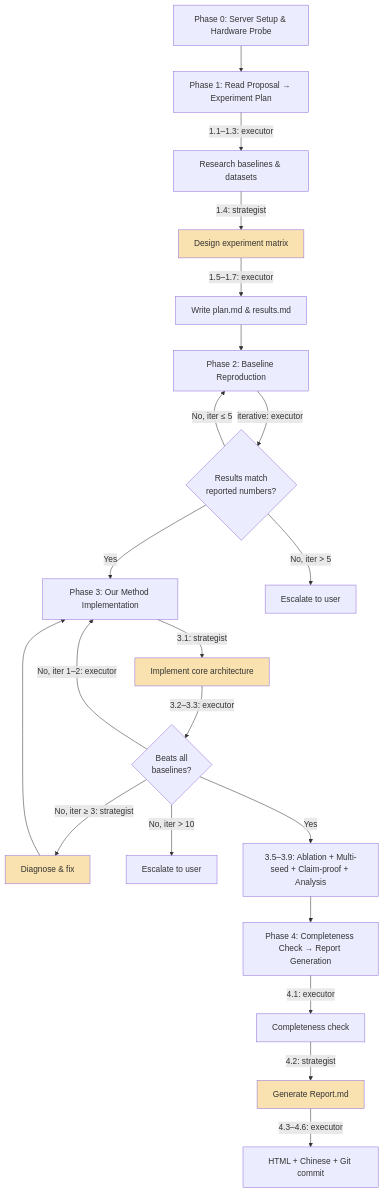
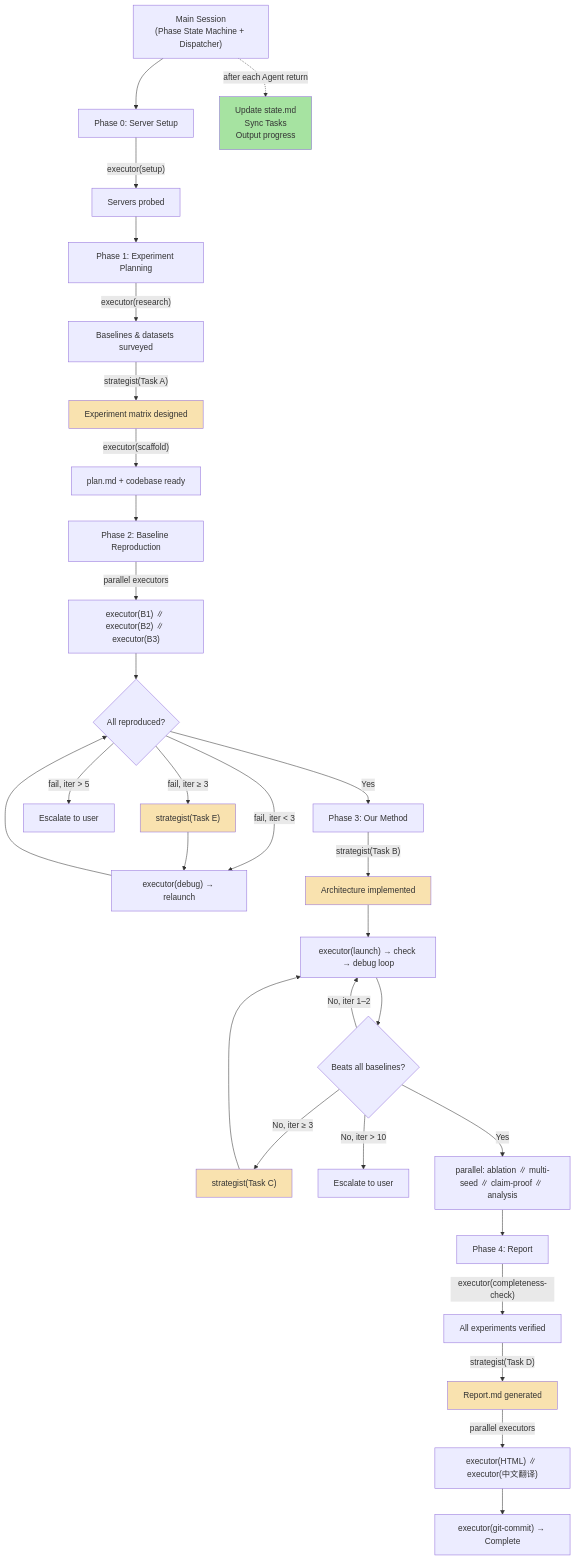
One commit to Paper-Claw/PaperClaw changed the first of 4 diagrams in .claude/skills/paperclaw-experiment-AI/SKILL.md. Above: the diagram before and after it, drawn with Mermaid. The commit also changed other lines of this file and 6 other files, not shown here.

First line of the commit message:
feat(skill): redesign experiment pipeline architecture + dual math audit

````diff
--- a/.claude/skills/paperclaw-experiment-AI/SKILL.md
+++ b/.claude/skills/paperclaw-experiment-AI/SKILL.md
@@ -41,37 +41,46 @@
 ```mermaid
 flowchart TD
-    P0["Phase 0: Server Setup & Hardware Probe"]
-    P1["Phase 1: Read Proposal → Experiment Plan"]
-    P2["Phase 2: Baseline Reproduction"]
-    P3["Phase 3: Our Method Implementation"]
-    P4["Phase 4: Completeness Check → Report Generation"]
+    MAIN["Main Session\n(Phase State Machine + Dispatcher)"]
 
-    P0 --> P1
-    P1 -->|"1.1–1.3: executor"| P1a["Research baselines & datasets"]
-    P1a -->|"1.4: strategist"| P1b["Design experiment matrix"]
-    P1b -->|"1.5–1.7: executor"| P1c["Write plan.md & results.md"]
-    P1c --> P2
+    MAIN --> P0["Phase 0: Server Setup"]
+    P0 -->|"executor(setup)"| P0done["Servers probed"]
 
-    P2 -->|"iterative: executor"| P2loop{"Results match\nreported numbers?"}
-    P2loop -->|No, iter ≤ 5| P2
-    P2loop -->|No, iter > 5| User1["Escalate to user"]
-    P2loop -->|Yes| P3
+    P0done --> P1["Phase 1: Experiment Planning"]
+    P1 -->|"executor(research)"| P1a["Baselines & datasets surveyed"]
+    P1a -->|"strategist(Task A)"| P1b["Experiment matrix designed"]
+    P1b -->|"executor(scaffold)"| P1c["plan.md + codebase ready"]
 
-    P3 -->|"3.1: strategist"| P3a["Implement core architecture"]
-    P3a -->|"3.2–3.3: executor"| P3loop{"Beats all\nbaselines?"}
-    P3loop -->|"No, iter 1–2: executor"| P3
-    P3loop -->|"No, iter ≥ 3: strategist"| P3diag["Diagnose & fix"]
-    P3diag --> P3
-    P3loop -->|"No, iter > 10"| User2["Escalate to user"]
-    P3loop -->|Yes| P3b["3.5–3.9: Ablation + Multi-seed + Claim-proof + Analysis"]
-    P3b --> P4
+    P1c --> P2["Phase 2: Baseline Reproduction"]
+    P2 -->|"parallel executors"| P2par["executor(B1) ∥ executor(B2) ∥ executor(B3)"]
+    P2par --> P2check{"All reproduced?"}
+    P2check -->|"fail, iter < 3"| P2debug["executor(debug) → relaunch"]
+    P2debug --> P2check
+    P2check -->|"fail, iter ≥ 3"| P2strat["strategist(Task E)"]
+    P2strat --> P2debug
+    P2check -->|"fail, iter > 5"| User1["Escalate to user"]
+    P2check -->|Yes| P3
 
-    P4 -->|"4.1: executor"| P4a["Completeness check"]
-    P4a -->|"4.2: strategist"| P4b["Generate Report.md"]
-    P4b -->|"4.3–4.6: executor"| P4c["HTML + Chinese + Git commit"]
+    P3["Phase 3: Our Method"] -->|"strategist(Task B)"| P3a["Architecture implemented"]
+    P3a --> P3loop["executor(launch) → check → debug loop"]
+    P3loop --> P3eval{"Beats all baselines?"}
+    P3eval -->|"No, iter 1–2"| P3loop
+    P3eval -->|"No, iter ≥ 3"| P3diag["strategist(Task C)"]
+    P3diag --> P3loop
+    P3eval -->|"No, iter > 10"| User2["Escalate to user"]
+    P3eval -->|Yes| P3par["parallel: ablation ∥ multi-seed ∥ claim-proof ∥ analysis"]
+    P3par --> P4
+
+    P4["Phase 4: Report"] -->|"executor(completeness-check)"| P4a["All experiments verified"]
+    P4a -->|"strategist(Task D)"| P4b["Report.md generated"]
+    P4b -->|"parallel executors"| P4c["executor(HTML) ∥ executor(中文翻译)"]
+    P4c --> DONE["executor(git-commit) → Complete"]
+
+    MAIN -.->|"after each Agent return"| SYNC["Update state.md\nSync Tasks\nOutput progress"]
 
     style P1b fill:#f9e2af
     style P3a fill:#f9e2af
     style P3diag fill:#f9e2af
     style P4b fill:#f9e2af
+    style P2strat fill:#f9e2af
+    style SYNC fill:#a6e3a1
 ```
````
